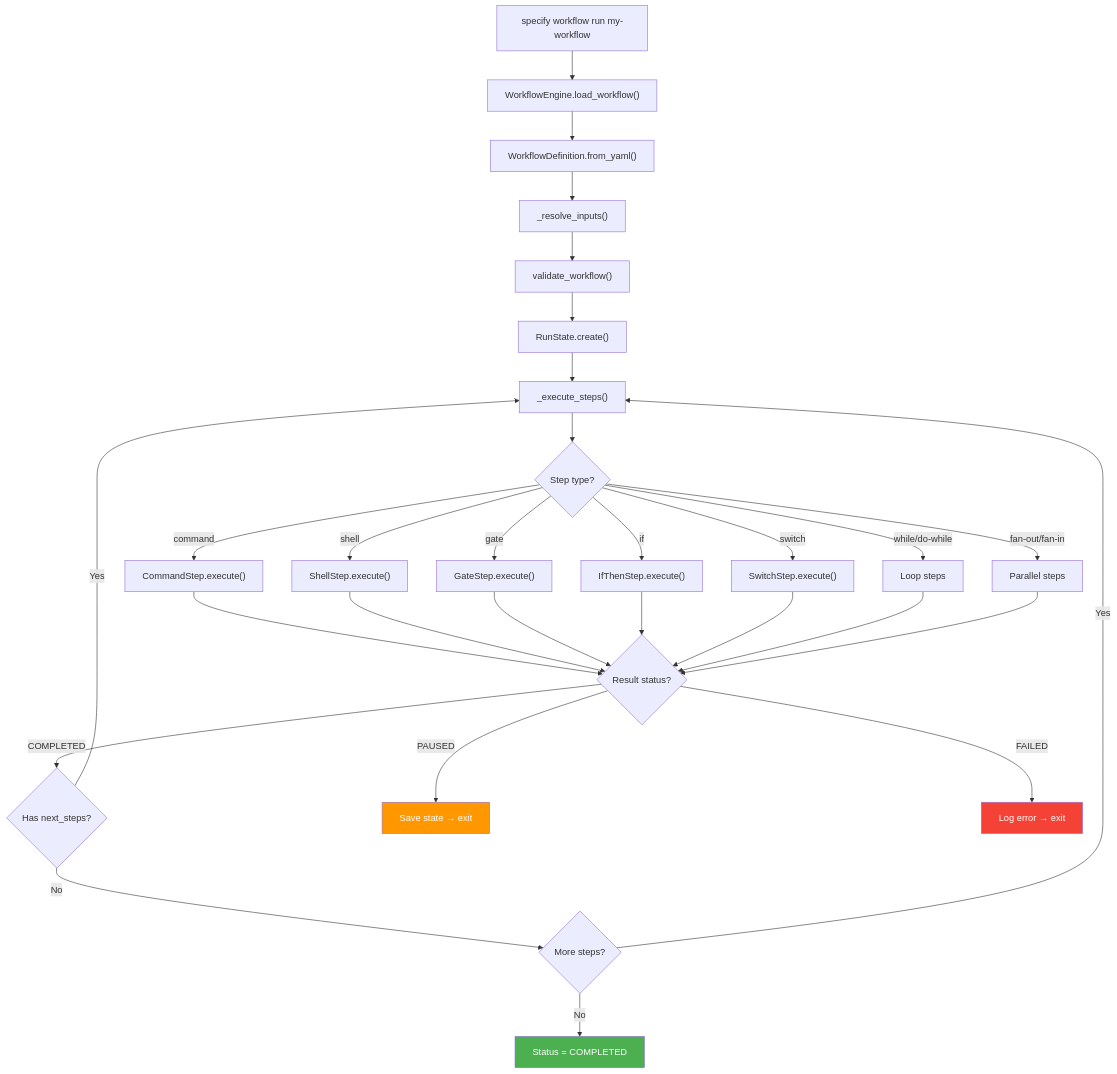
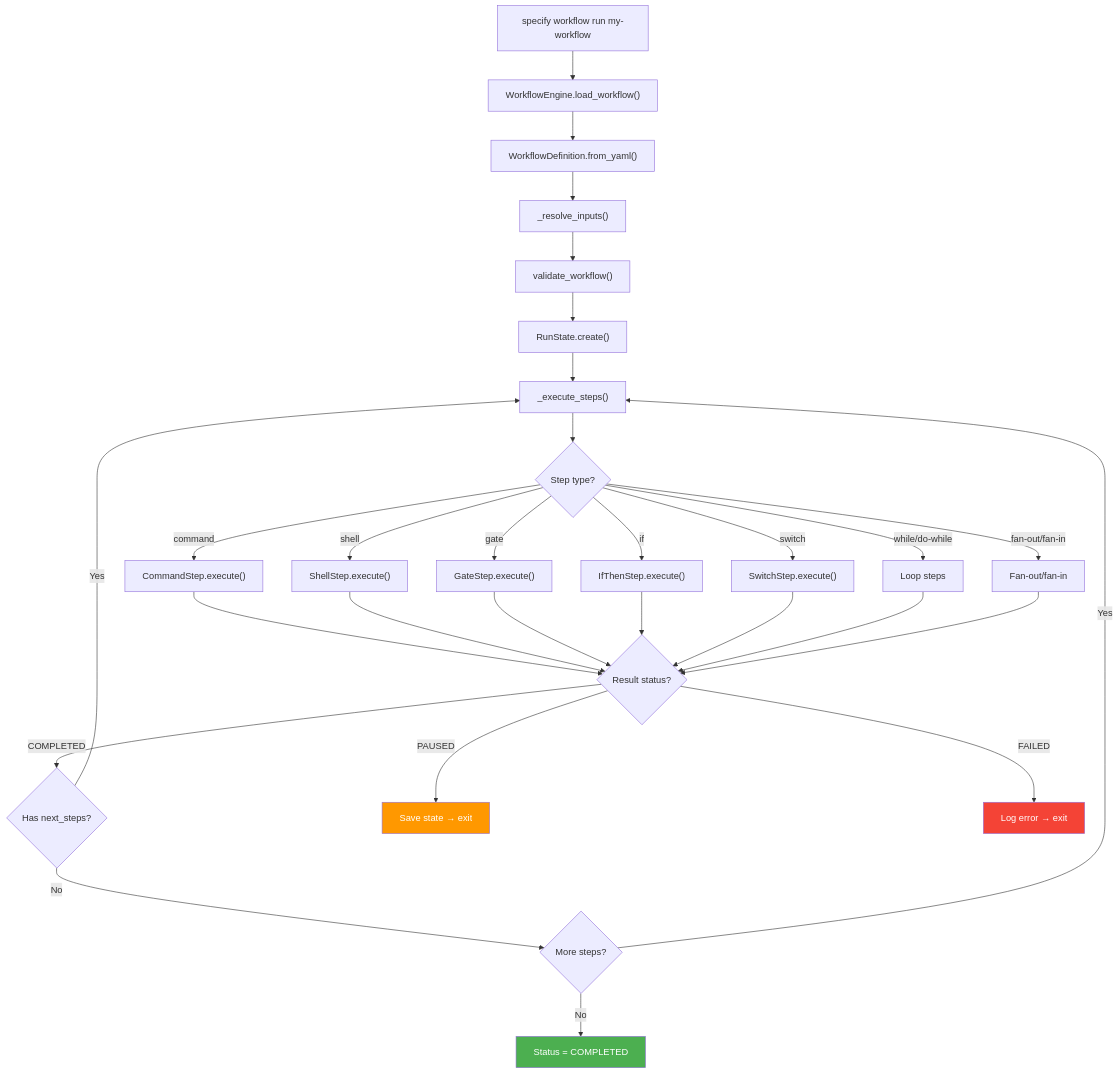
One commit to github/spec-kit changed the first of 3 diagrams in workflows/ARCHITECTURE.md. Above: the diagram before and after it, drawn with Mermaid. The commit also changed other lines of this file and 8 other files, not shown here.

````diff
--- a/workflows/ARCHITECTURE.md
+++ b/workflows/ARCHITECTURE.md
@@ -11,36 +11,36 @@
 ```mermaid
 flowchart TD
     A["specify workflow run my-workflow"] --> B["WorkflowEngine.load_workflow()"]
     B --> C["WorkflowDefinition.from_yaml()"]
     C --> D["_resolve_inputs()"]
     D --> E["validate_workflow()"]
     E --> F["RunState.create()"]
     F --> G["_execute_steps()"]
     G --> H{Step type?}
     H -- command --> I["CommandStep.execute()"]
     H -- shell --> J["ShellStep.execute()"]
     H -- gate --> K["GateStep.execute()"]
     H -- "if" --> L["IfThenStep.execute()"]
     H -- switch --> M["SwitchStep.execute()"]
     H -- "while/do-while" --> N["Loop steps"]
-    H -- "fan-out/fan-in" --> O["Parallel steps"]
+    H -- "fan-out/fan-in" --> O["Fan-out/fan-in"]
 
     I --> P{Result status?}
     J --> P
     K --> P
     L --> P
     M --> P
     N --> P
     O --> P
     P -- COMPLETED --> Q{Has next_steps?}
     P -- PAUSED --> R["Save state → exit"]
     P -- FAILED --> S["Log error → exit"]
     Q -- Yes --> G
     Q -- No --> T{More steps?}
     T -- Yes --> G
     T -- No --> U["Status = COMPLETED"]
 
     style R fill:#ff9800,color:#fff
     style S fill:#f44336,color:#fff
     style U fill:#4caf50,color:#fff
 ```
````
